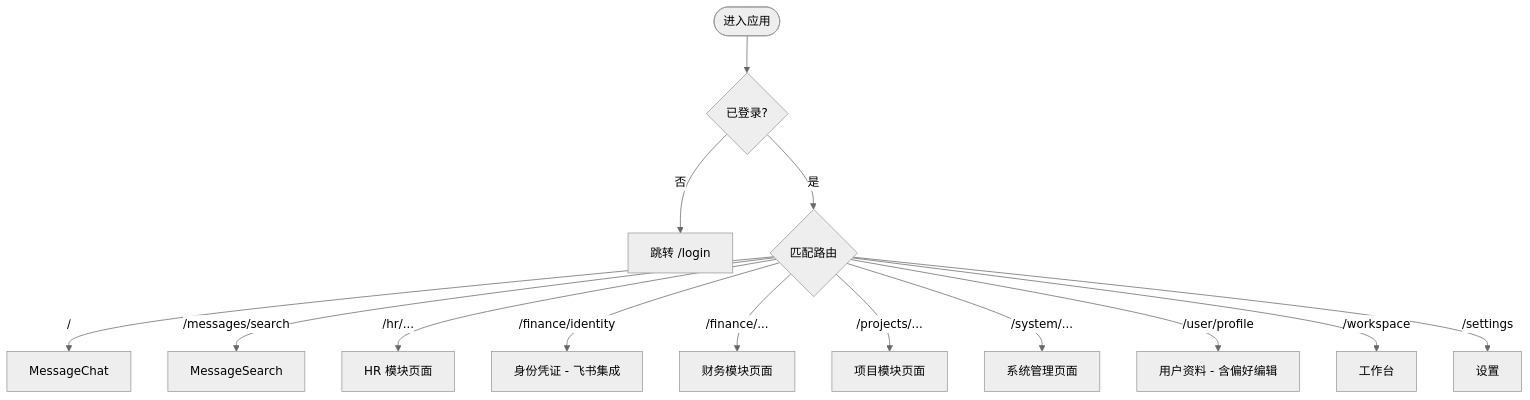
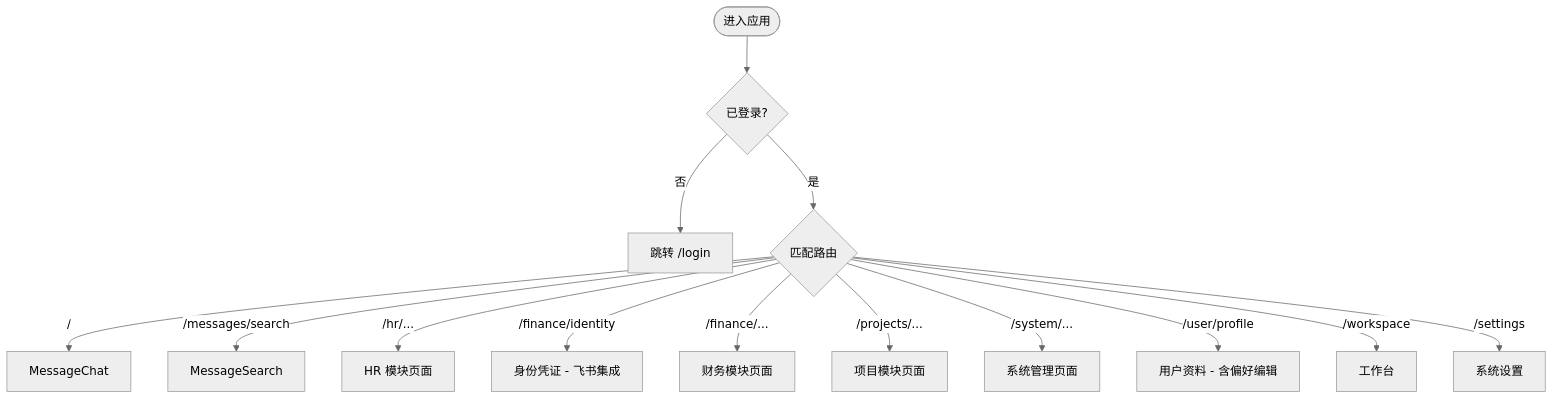
One commit to runningcoders/ai_orz changed the third of 16 diagrams in .qoder/repowiki/zh/content/前端应用/前端应用.md. Above: the diagram before and after it, drawn with Mermaid (neutral theme). The commit also changed other lines of this file and 10 other files, not shown here.

````diff
--- a/.qoder/repowiki/zh/content/前端应用/前端应用.md
+++ b/.qoder/repowiki/zh/content/前端应用/前端应用.md
@@ -202,16 +201,16 @@
 ```mermaid
 flowchart TD
 Start(["进入应用"]) --> CheckAuth{"已登录?"}
 CheckAuth -- 否 --> ToLogin["跳转 /login"]
 CheckAuth -- 是 --> ChooseRoute{"匹配路由"}
 ChooseRoute --> |/| Chat["MessageChat"]
 ChooseRoute --> |/messages/search| Search["MessageSearch"]
 ChooseRoute --> |/hr/...| HR["HR 模块页面"]
 ChooseRoute --> |/finance/identity| Identity["身份凭证 - 飞书集成"]
 ChooseRoute --> |/finance/...| Finance["财务模块页面"]
 ChooseRoute --> |/projects/...| Project["项目模块页面"]
 ChooseRoute --> |/system/...| System["系统管理页面"]
 ChooseRoute --> |/user/profile| Profile["用户资料 - 含偏好编辑"]
 ChooseRoute --> |/workspace| Workspace["工作台"]
-ChooseRoute --> |/settings| Settings["设置"]
+ChooseRoute --> |/settings| Settings["系统设置"]
 ```
````
